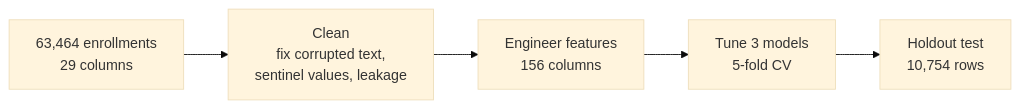
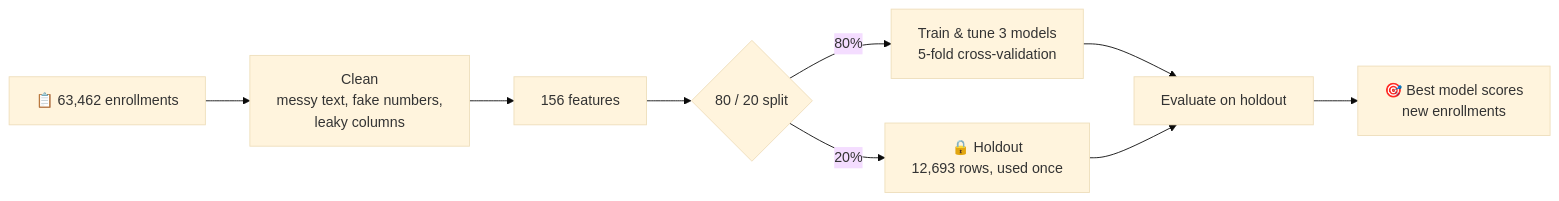
Before and after one commit to YotamEviatar-stu/Predict-Dropout: the diagram in README.md, drawn with Mermaid (base theme). The commit also changed other lines of this file and 16400 other files, not shown here.

````diff
--- a/README.md
+++ b/README.md
@@ -5,7 +9,11 @@
 ```mermaid
 flowchart LR
-    A[63,464 enrollments<br/>29 columns] --> B[Clean<br/>fix corrupted text,<br/>sentinel values, leakage]
-    B --> C[Engineer features<br/>156 columns]
-    C --> D[Tune 3 models<br/>5-fold CV]
-    D --> E[Holdout test<br/>10,754 rows]
+    A[📋 63,462 enrollments] --> B[Clean<br/>messy text, fake numbers,<br/>leaky columns]
+    B --> C[156 features]
+    C --> D{80 / 20 split}
+    D -- 80% --> E[Train & tune 3 models<br/>5-fold cross-validation]
+    D -- 20% --> F[🔒 Holdout<br/>12,693 rows, used once]
+    E --> G[Evaluate on holdout]
+    F --> G
+    G --> H[🎯 Best model scores<br/>new enrollments]
 ```
````
